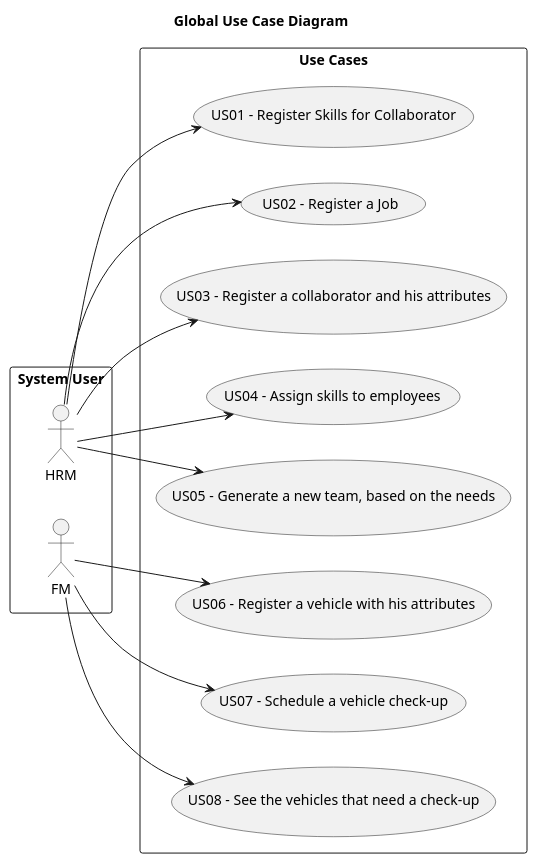
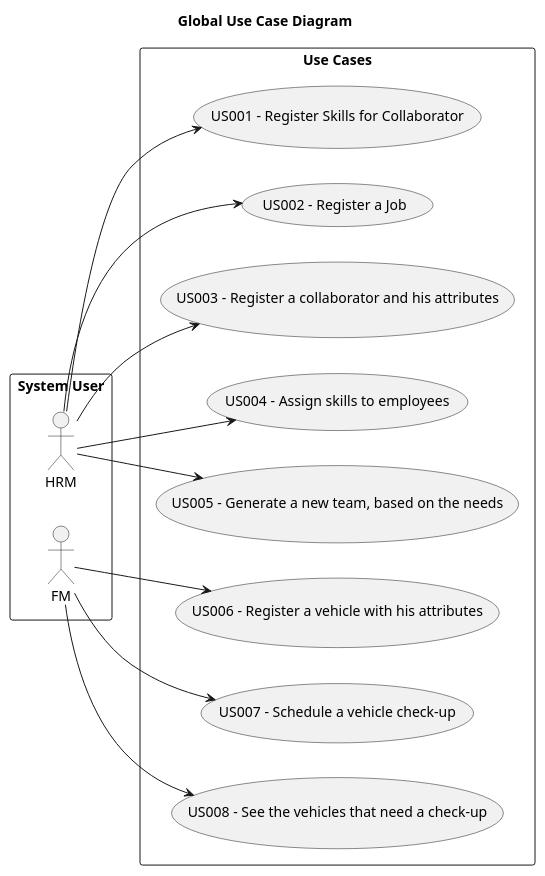
One commit to ricardomm7/leaflink changed the diagram in docs/sprintA/global-artifacts/01.requirements-engineering/puml/use-case-diagram.puml. Above: the diagram before and after it, drawn with PlantUML. The commit also changed 1 other file, not shown here.

```diff
--- a/docs/sprintA/global-artifacts/01.requirements-engineering/puml/use-case-diagram.puml
+++ b/docs/sprintA/global-artifacts/01.requirements-engineering/puml/use-case-diagram.puml
@@ -1,57 +1,57 @@
 @startuml
 skinparam monochrome true
 skinparam packageStyle rectangle
 skinparam shadowing false
 
 title Global Use Case Diagram
 
 left to right direction
 
 rectangle "System User" as actors {
     actor HRM
     actor FM
 }
 
 rectangle "Use Cases" as usecases{
-    usecase "US01 - Register Skills for Collaborator" as US01
-    HRM --> US01
+    usecase "US001 - Register Skills for Collaborator" as US001
+    HRM --> US001
 }
 
 rectangle "Use Cases" as usecases{
-    usecase "US02 - Register a Job" as US02
-    HRM --> US02
+    usecase "US002 - Register a Job" as US002
+    HRM --> US002
 }
 
 rectangle "Use Cases" as usecases{
-    usecase "US03 - Register a collaborator and his attributes" as US03
-    HRM --> US03
+    usecase "US003 - Register a collaborator and his attributes" as US003
+    HRM --> US003
 }
 
 rectangle "Use Cases" as usecases{
-    usecase "US04 - Assign skills to employees" as US04
-    HRM --> US04
+    usecase "US004 - Assign skills to employees" as US004
+    HRM --> US004
 }
 
 rectangle "Use Cases" as usecases{
-    usecase "US05 - Generate a new team, based on the needs" as US05
-    HRM --> US05
+    usecase "US005 - Generate a new team, based on the needs" as US005
+    HRM --> US005
 }
 
 rectangle "Use Cases" as usecases{
-    usecase "US06 - Register a vehicle with his attributes" as US06
-    FM --> US06
+    usecase "US006 - Register a vehicle with his attributes" as US006
+    FM --> US006
 }
 
 rectangle "Use Cases" as usecases{
-    usecase "US07 - Schedule a vehicle check-up" as US07
-    FM --> US07
+    usecase "US007 - Schedule a vehicle check-up" as US007
+    FM --> US007
 }
 
 rectangle "Use Cases" as usecases{
-    usecase "US08 - See the vehicles that need a check-up" as US08
-    FM --> US08
+    usecase "US008 - See the vehicles that need a check-up" as US008
+    FM --> US008
 }
 
 
 
 @enduml
```
